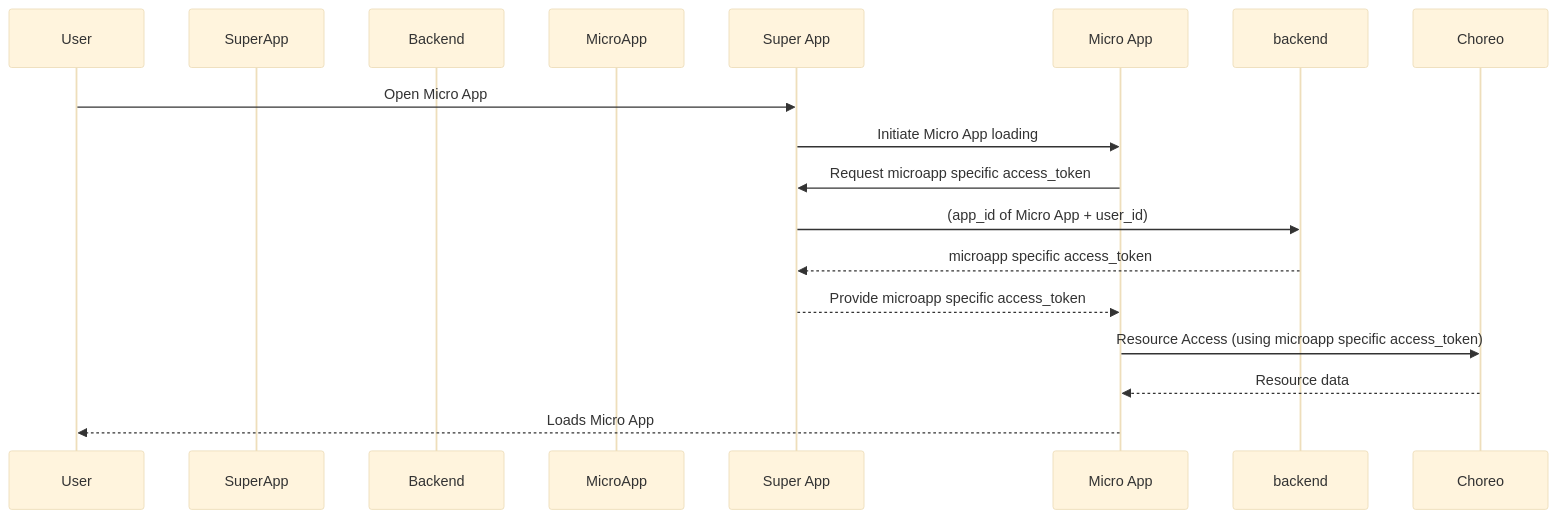
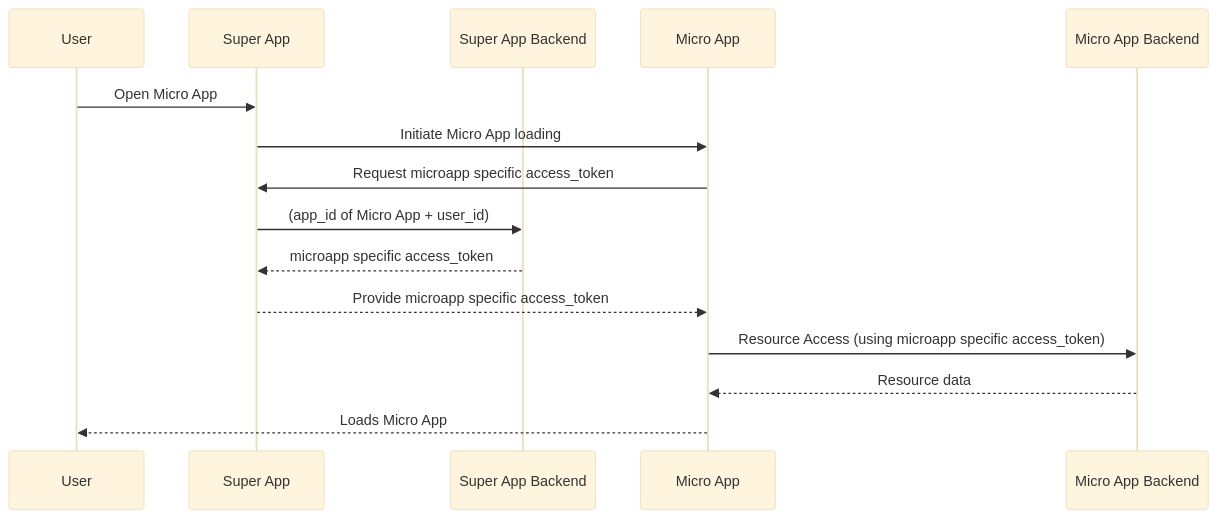
The diagram in frontend/README.md (LSFLK/superapp-mobile), drawn with Mermaid (base theme) before and after one commit. The commit also changed other lines of this file and 4 other files, not shown here.

Commit message:
Update README and add Micro-app Developer Guide clarifing bridge API usage

````diff
--- a/frontend/README.md
+++ b/frontend/README.md
@@ -198,17 +199,17 @@
 ```mermaid
 sequenceDiagram
     participant User
-    participant SuperApp
-    participant Backend
-    participant MicroApp
+    participant Super App
+    participant Super App Backend
+    participant Micro App
 
     User ->> Super App: Open Micro App
     Super App ->> Micro App: Initiate Micro App loading
     Micro App ->> Super App: Request microapp specific access_token
-    Super App ->> backend: (app_id of Micro App + user_id)
-    backend -->> Super App: microapp specific access_token
+    Super App ->> Super App Backend: (app_id of Micro App + user_id)
+    Super App Backend -->> Super App: microapp specific access_token
     Super App -->> Micro App: Provide microapp specific access_token
-    Micro App ->> Choreo: Resource Access (using microapp specific access_token)
-    Choreo -->> Micro App: Resource data
+    Micro App ->> Micro App Backend: Resource Access (using microapp specific access_token)
+    Micro App Backend -->> Micro App: Resource data
     Micro App -->> User: Loads Micro App
 ```
````
